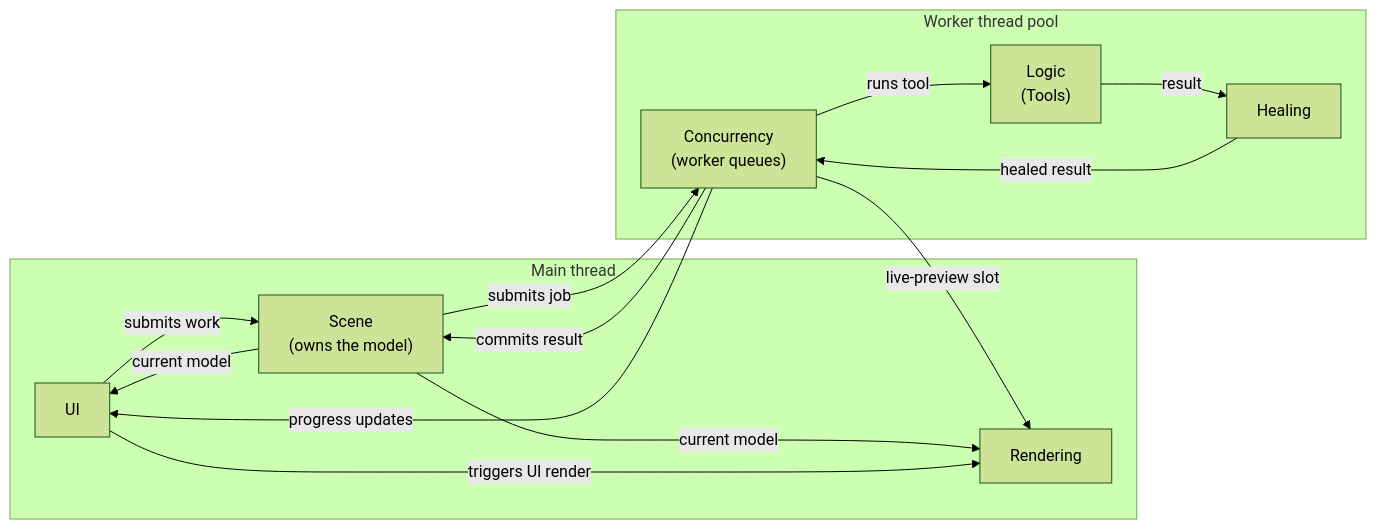
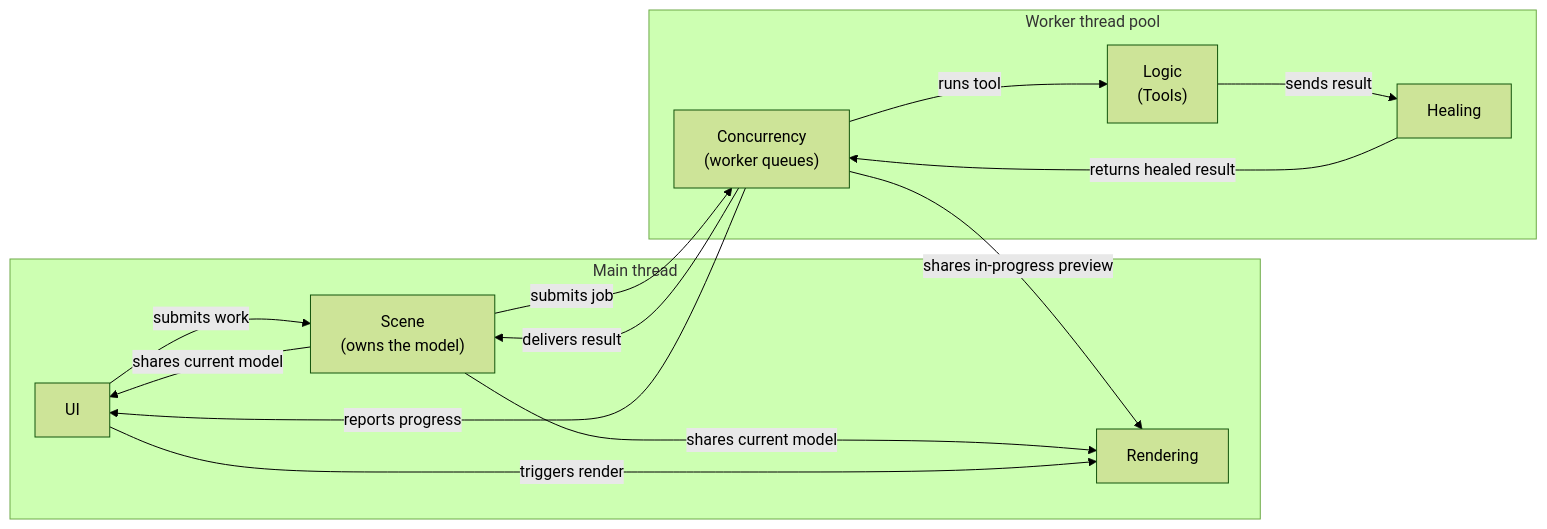
One commit to NikolaiIFedorov/3d-print-analyser changed the first of 6 diagrams in docs/architecture.md. Above: the diagram before and after it, drawn with Mermaid (forest theme).

Commit message:
Wording update

````diff
--- a/docs/architecture.md
+++ b/docs/architecture.md
@@ -54,25 +54,25 @@
 ```mermaid
 flowchart LR
     subgraph Main["Main thread"]
     UI["UI"]
     Scene["Scene<br/>(owns the model)"]
     Rendering["Rendering"]
     end
     subgraph Worker["Worker thread pool"]
     Concurrency["Concurrency<br/>(worker queues)"]
     Logic["Logic<br/>(Tools)"]
     Healing["Healing"]
     end
 
     UI -- "submits work" --> Scene
     Scene -- "submits job" --> Concurrency
     Concurrency -- "runs tool" --> Logic
-    Logic -- "result" --> Healing
-    Healing -- "healed result" --> Concurrency
-    Concurrency -- "commits result" --> Scene
-    Concurrency -- "progress updates" --> UI
-    Concurrency -- "live-preview slot" --> Rendering
-    Scene -- "current model" --> Rendering
-    Scene -- "current model" --> UI
-    UI -- "triggers UI render" --> Rendering
+    Logic -- "sends result" --> Healing
+    Healing -- "returns healed result" --> Concurrency
+    Concurrency -- "delivers result" --> Scene
+    Concurrency -- "reports progress" --> UI
+    Concurrency -- "shares in-progress preview" --> Rendering
+    Scene -- "shares current model" --> Rendering
+    Scene -- "shares current model" --> UI
+    UI -- "triggers render" --> Rendering
 ```
````
